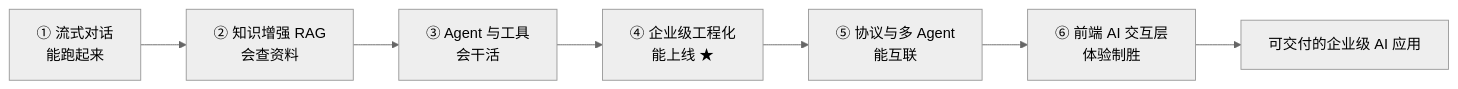
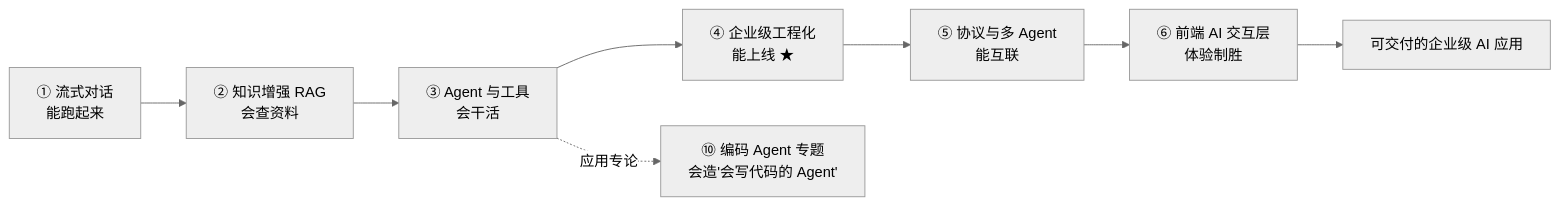
Before and after one commit to KMaybe01/interview-demo: the diagram in docs/S5-AI/index.md, drawn with Mermaid (neutral theme). The commit also changed other lines of this file and 15 other files, not shown here.

````diff
--- a/docs/S5-AI/index.md
+++ b/docs/S5-AI/index.md
@@ -63,9 +65,10 @@
 ```mermaid
 graph LR
     L1["① 流式对话<br/>能跑起来"] --> L2["② 知识增强 RAG<br/>会查资料"]
     L2 --> L3["③ Agent 与工具<br/>会干活"]
     L3 --> L4["④ 企业级工程化<br/>能上线 ★"]
     L4 --> L5["⑤ 协议与多 Agent<br/>能互联"]
     L5 --> L6["⑥ 前端 AI 交互层<br/>体验制胜"]
+    L3 -.应用专论.-> LX["⑩ 编码 Agent 专题<br/>会造'会写代码的 Agent'"]
     L6 --> OUT["可交付的企业级 AI 应用"]
 ```
````
